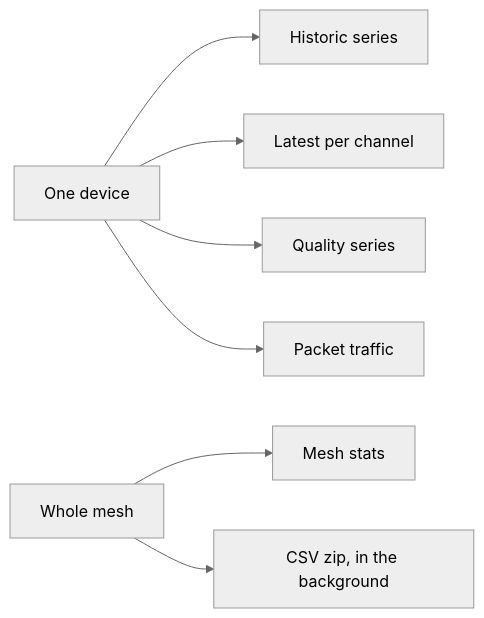
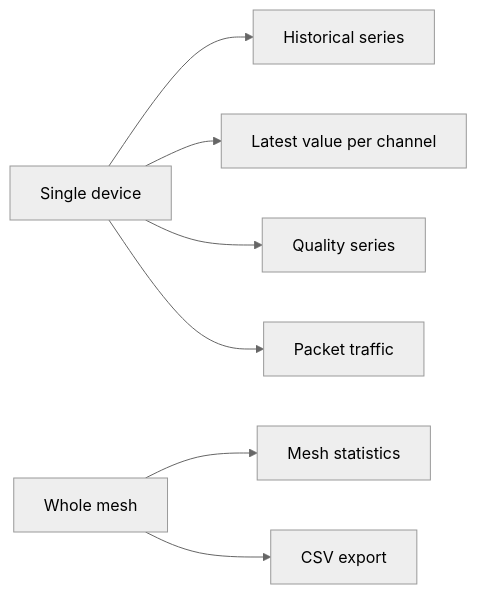
The diagram in apps/web/content/docs/en/readings.mdx (sensical-coop/mesh-things-apps), drawn with Mermaid (neutral theme) before and after one commit. The commit also changed other lines of this file and 27 other files, not shown here.

````diff
--- a/apps/web/content/docs/en/readings.mdx
+++ b/apps/web/content/docs/en/readings.mdx
@@ -10,9 +10,9 @@
 ```mermaid
 flowchart LR
-  device["One device"] --> series["Historic series"]
-  device --> latest["Latest per channel"]
+  device["Single device"] --> series["Historical series"]
+  device --> latest["Latest value per channel"]
   device --> quality["Quality series"]
   device --> traffic["Packet traffic"]
-  mesh["Whole mesh"] --> stats["Mesh stats"]
-  mesh --> csv["CSV zip, in the background"]
+  mesh["Whole mesh"] --> stats["Mesh statistics"]
+  mesh --> csv["CSV export"]
 ```
````
